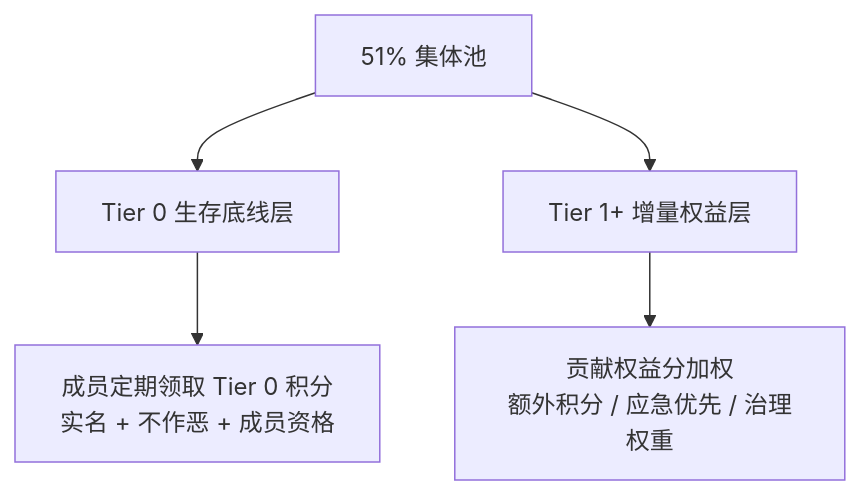
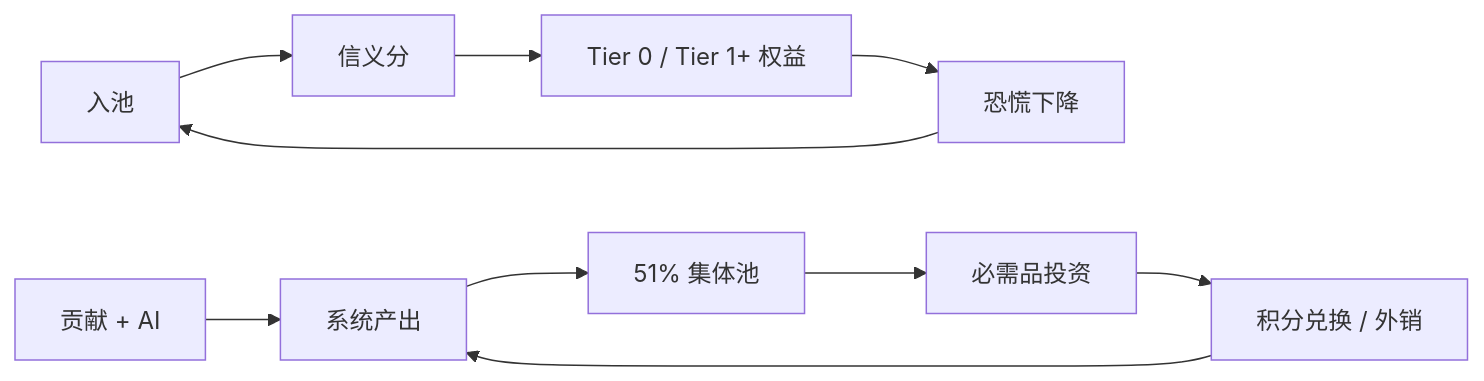
One commit to lengzhao/secure-base changed the second of 2 diagrams in docs/plans/2026-06-13-anxin-foundation-design.md. Above: the diagram before and after it, drawn with Mermaid. The commit also changed other lines of this file and 17 other files, not shown here.

````diff
--- a/docs/plans/2026-06-13-anxin-foundation-design.md
+++ b/docs/plans/2026-06-13-anxin-foundation-design.md
@@ -110,7 +52,12 @@
 ```mermaid
-flowchart TB
-    A[51% 集体池] --> B[Tier 0 生存底线层]
-    A --> C[Tier 1+ 增量权益层]
-    B --> D[成员定期领取 Tier 0 积分<br/>实名 + 不作恶 + 成员资格]
-    C --> E[贡献权益分加权<br/>额外积分 / 应急优先 / 治理权重]
+flowchart LR
+    A[入池] --> B[信义分]
+    B --> C[Tier 0 / Tier 1+ 权益]
+    D[贡献 + AI] --> E[系统产出]
+    E --> F[51% 集体池]
+    F --> G[必需品投资]
+    G --> H[积分兑换 / 外销]
+    H --> E
+    C --> I[恐慌下降]
+    I --> A
 ```
````
